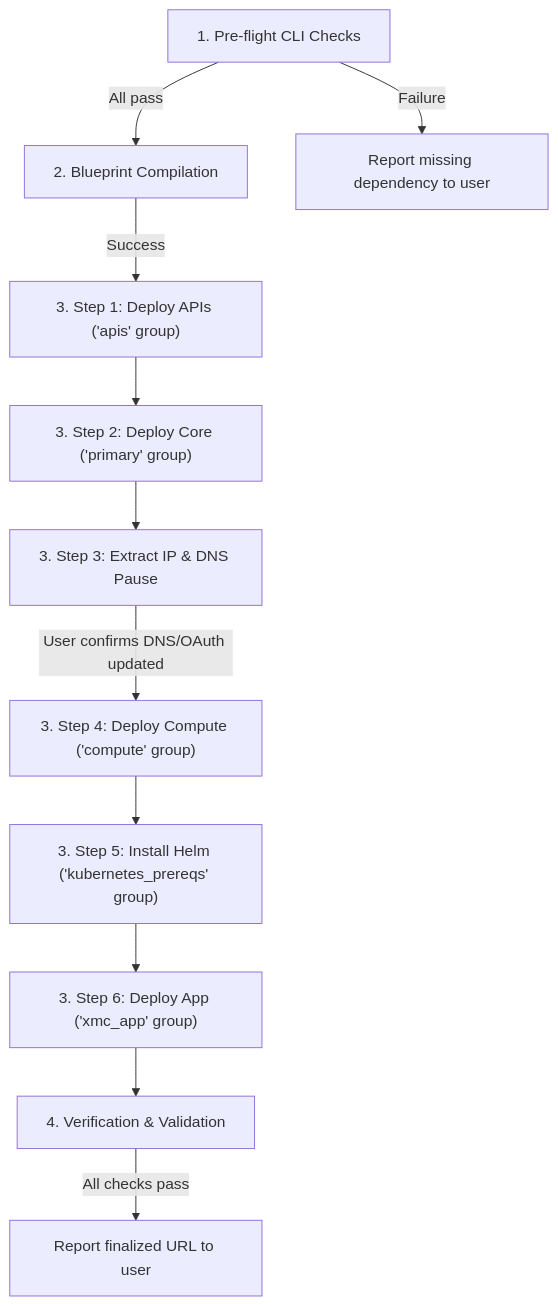
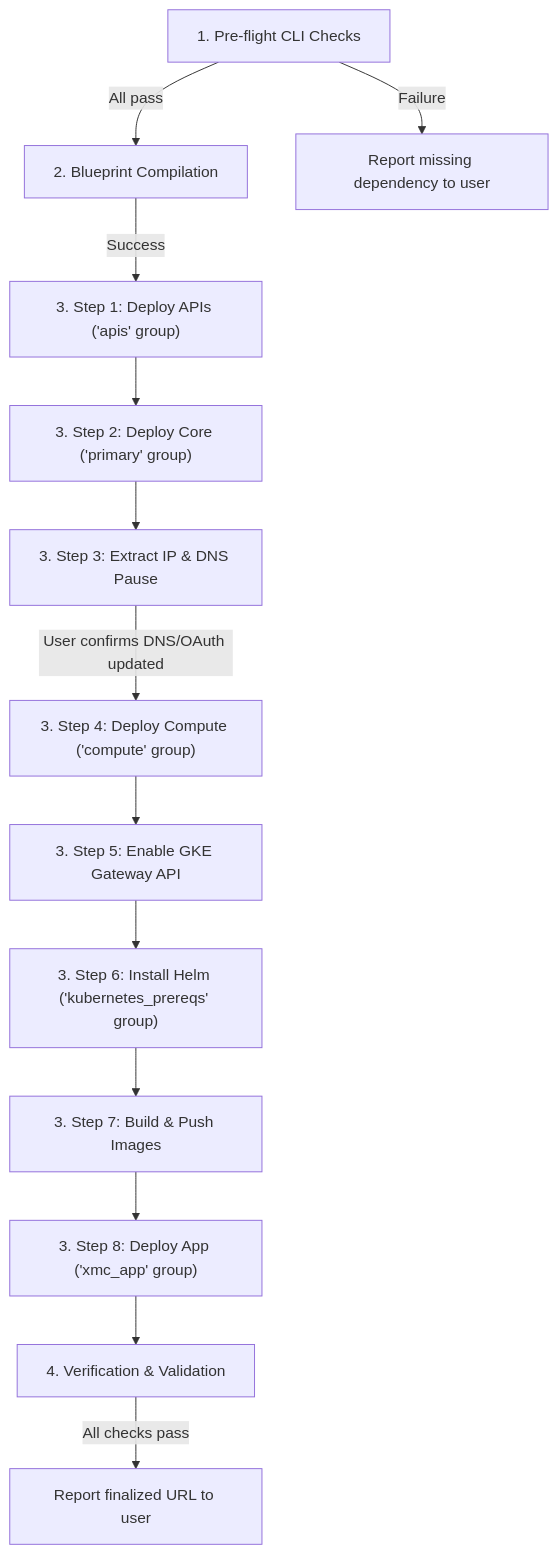
The diagram in .agents/skills/deploy_xmc/SKILL.md (google/xmc), drawn with Mermaid before and after one commit. The commit also changed other lines of this file, not shown here.

Commit message:
fix: reviewer comment

````diff
--- a/.agents/skills/deploy_xmc/SKILL.md
+++ b/.agents/skills/deploy_xmc/SKILL.md
@@ -10,13 +10,15 @@
 ```mermaid
 graph TD
     A["1. Pre-flight CLI Checks"] -->|All pass| B["2. Blueprint Compilation"]
     A -->|Failure| Error1["Report missing dependency to user"]
     B -->|Success| C["3. Step 1: Deploy APIs ('apis' group)"]
     C --> D["3. Step 2: Deploy Core ('primary' group)"]
     D --> E["3. Step 3: Extract IP & DNS Pause"]
     E -->|User confirms DNS/OAuth updated| F["3. Step 4: Deploy Compute ('compute' group)"]
-    F --> G["3. Step 5: Install Helm ('kubernetes_prereqs' group)"]
-    G --> H["3. Step 6: Deploy App ('xmc_app' group)"]
-    H --> I["4. Verification & Validation"]
-    I -->|All checks pass| J["Report finalized URL to user"]
+    F --> G["3. Step 5: Enable GKE Gateway API"]
+    G --> H["3. Step 6: Install Helm ('kubernetes_prereqs' group)"]
+    H --> I["3. Step 7: Build & Push Images"]
+    I --> J["3. Step 8: Deploy App ('xmc_app' group)"]
+    J --> K["4. Verification & Validation"]
+    K -->|All checks pass| L["Report finalized URL to user"]
 ```
````
